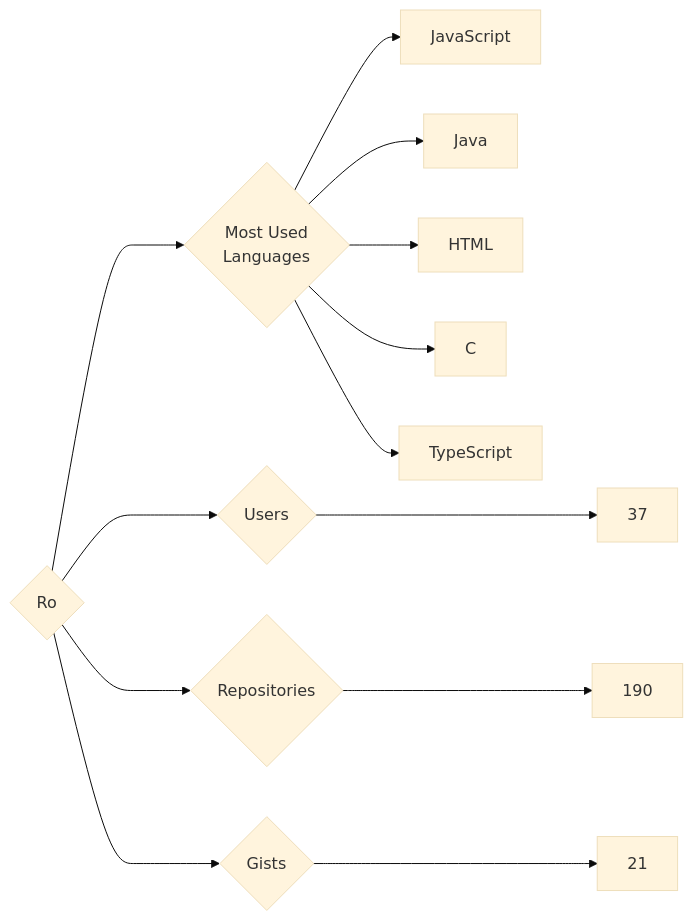
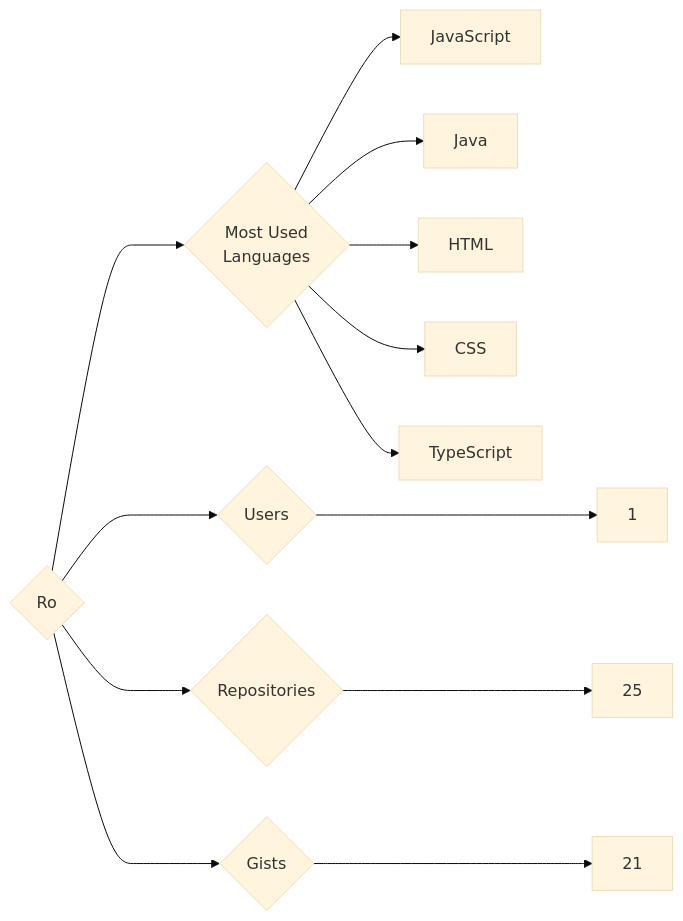
Before and after one commit to trickest/insiders: the diagram in targets/Ro/README.md, drawn with Mermaid (base theme). The commit also changed 797 other files, not shown here.

````diff
--- a/targets/Ro/README.md
+++ b/targets/Ro/README.md
@@ -3,13 +3,13 @@
 ```mermaid
 graph LR
 COMPANY_NAME{Ro}
-COMPANY_NAME ---> U{Users} ---> UN[37]
-COMPANY_NAME ---> R{Repositories} ---> RN[190]
+COMPANY_NAME ---> U{Users} ---> UN[1]
+COMPANY_NAME ---> R{Repositories} ---> RN[25]
 COMPANY_NAME ---> G{Gists} ---> GN[21]
 COMPANY_NAME ---> ML{Most Used<br>Languages}
 ML --> JavaScript[JavaScript]
 ML --> Java[Java]
 ML --> HTML[HTML]
-ML --> C[C]
+ML --> CSS[CSS]
 ML --> TypeScript[TypeScript]
 ```
````
